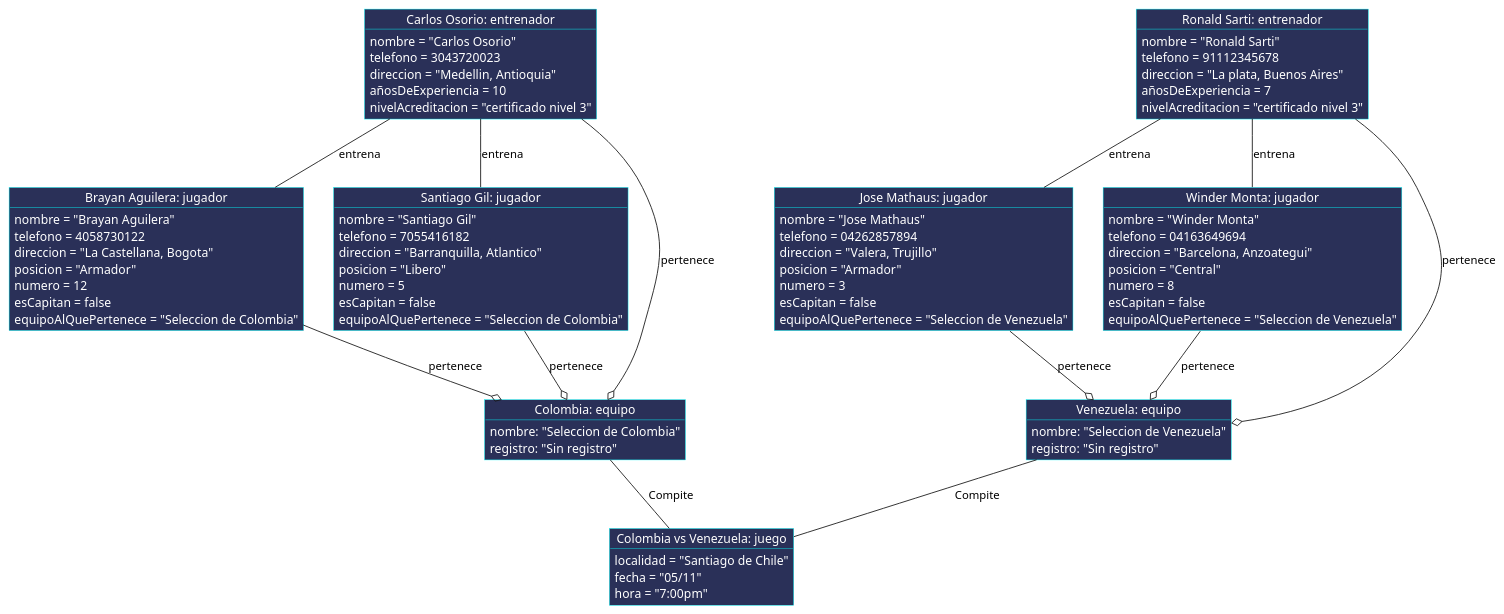
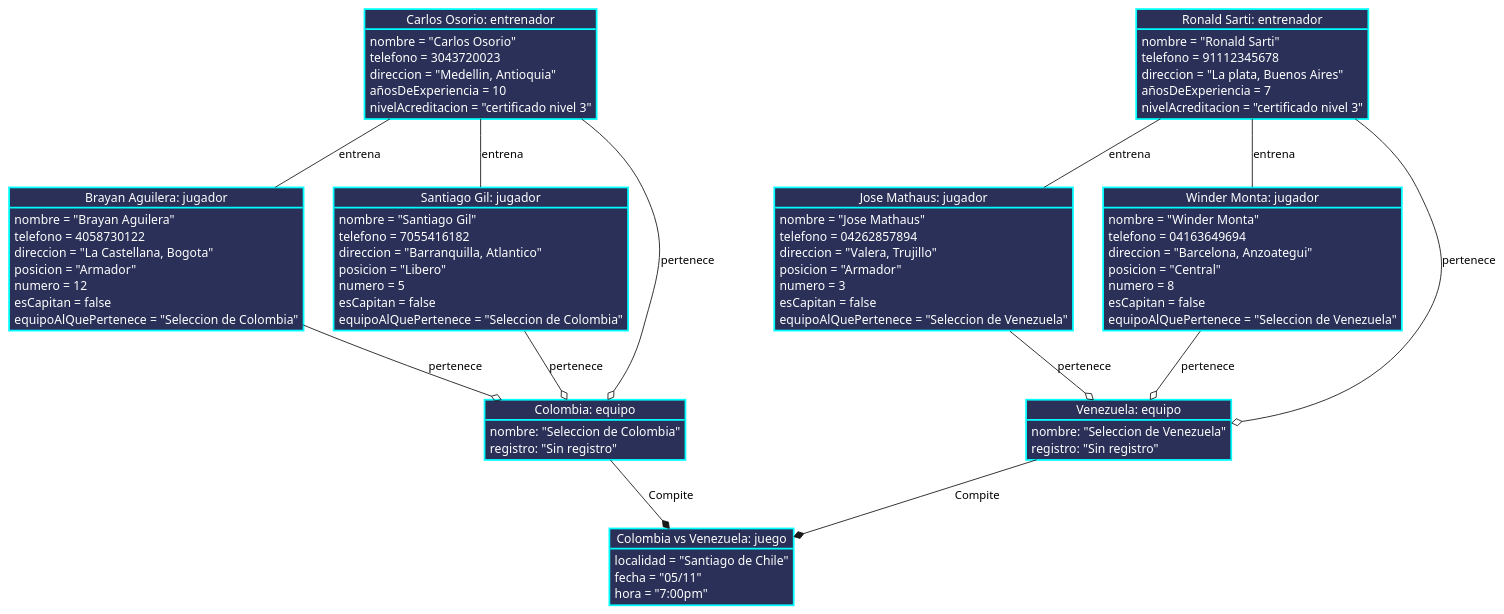
The diagram in docs/diagrams/ejercicio-F-diagramaDeObjetos.plantuml (jhonnyzvla14/IS-022024), drawn with PlantUML before and after one commit. The commit also changed 4 other files, not shown here.

Commit message:
Cambios esteticos diagramas Reto-04 Cambio a relacion de composicion entre equipo y juego

```diff
--- a/docs/diagrams/ejercicio-F-diagramaDeObjetos.plantuml
+++ b/docs/diagrams/ejercicio-F-diagramaDeObjetos.plantuml
@@ -1,92 +1,92 @@
-@startuml juegoVoleyball
+@startuml objetosJuegoVoleyball
 
 skinparam ObjectFontColor white
 skinparam ObjectBorderColor cyan
 skinparam ObjectBackgroundColor 2A3058
-
+skinparam ObjectBorderThickness 2 
 
 object "Jose Mathaus: jugador" as JoseMathaus{
   nombre = "Jose Mathaus"
   telefono = 04262857894
   direccion = "Valera, Trujillo"
   posicion = "Armador"
   numero = 3
   esCapitan = false
   equipoAlQuePertenece = "Seleccion de Venezuela"
 }
 object "Winder Monta: jugador" as WinderMonta{
   nombre = "Winder Monta"
   telefono = 04163649694
   direccion = "Barcelona, Anzoategui"
   posicion = "Central"
   numero = 8
   esCapitan = false
   equipoAlQuePertenece = "Seleccion de Venezuela"
 }
 object "Ronald Sarti: entrenador" as RonaldSarti{
   nombre = "Ronald Sarti"
   telefono = 91112345678
   direccion = "La plata, Buenos Aires"
   añosDeExperiencia = 7
   nivelAcreditacion = "certificado nivel 3"
 }
 object "Brayan Aguilera: jugador" as BrayanAguilera {
   nombre = "Brayan Aguilera"
   telefono = 4058730122
   direccion = "La Castellana, Bogota"
   posicion = "Armador"
   numero = 12
   esCapitan = false
   equipoAlQuePertenece = "Seleccion de Colombia"
 }
 object "Santiago Gil: jugador" as SantiagoGil {
   nombre = "Santiago Gil"
   telefono = 7055416182
   direccion = "Barranquilla, Atlantico"
   posicion = "Libero"
   numero = 5
   esCapitan = false
   equipoAlQuePertenece = "Seleccion de Colombia"
 }
 object "Carlos Osorio: entrenador" as CarlosOsorio{
   nombre = "Carlos Osorio"
   telefono = 3043720023
   direccion = "Medellin, Antioquia"
   añosDeExperiencia = 10
   nivelAcreditacion = "certificado nivel 3"
 }
 object "Venezuela: equipo" as SeleccionVenezuela{
   nombre: "Seleccion de Venezuela"
   registro: "Sin registro"
 }
 object "Colombia: equipo" as SeleccionColombia{
   nombre: "Seleccion de Colombia"
   registro: "Sin registro"
 }
 object "Colombia vs Venezuela: juego" as Competicion{
   localidad = "Santiago de Chile"
   fecha = "05/11"
   hora = "7:00pm"
 }
 
 JoseMathaus --o SeleccionVenezuela: pertenece
 WinderMonta --o SeleccionVenezuela: pertenece
 
 RonaldSarti --o SeleccionVenezuela: pertenece
 
 RonaldSarti -- JoseMathaus: entrena
 RonaldSarti -- WinderMonta: entrena
 
 CarlosOsorio -- BrayanAguilera: entrena
 CarlosOsorio -- SantiagoGil: entrena
 
 BrayanAguilera --o SeleccionColombia: pertenece
 SantiagoGil --o SeleccionColombia: pertenece
 
 CarlosOsorio --o SeleccionColombia: pertenece
 
-SeleccionVenezuela --  Competicion: Compite
-SeleccionColombia --  Competicion: Compite
+SeleccionVenezuela --*  Competicion: Compite
+SeleccionColombia --*  Competicion: Compite
 
 
 @enduml
```
